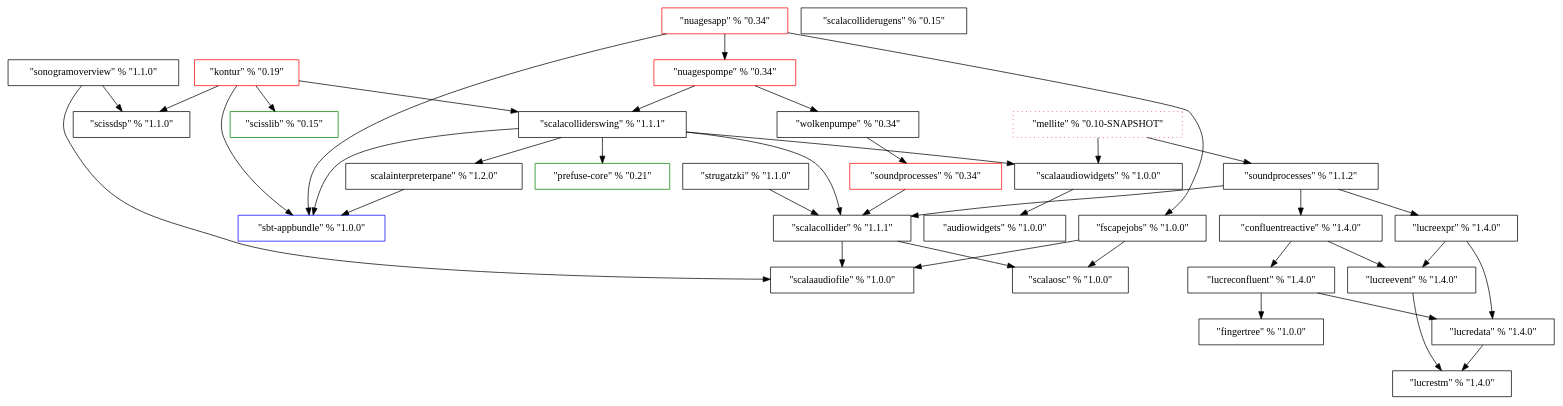
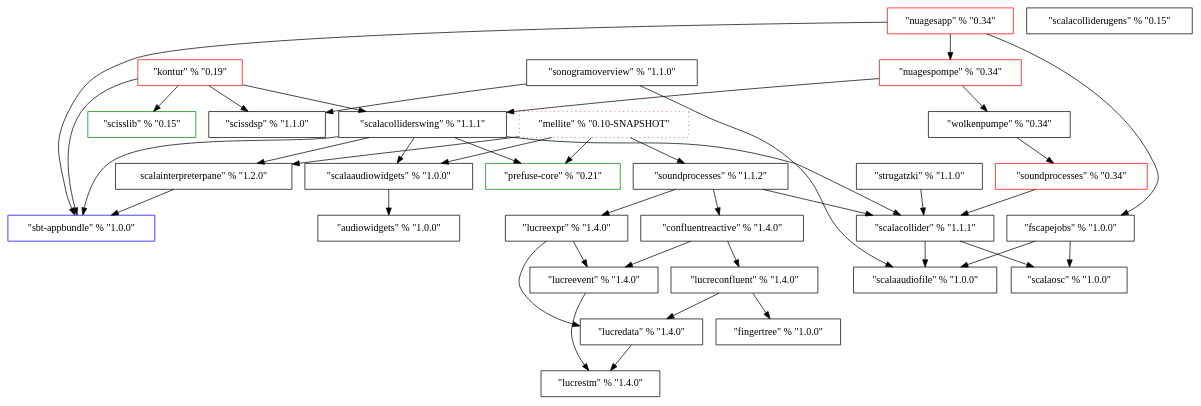
One commit to Sciss/HistoricalCode changed the diagram in ProjectDependencies/dep.dot. Above: the diagram before and after it, drawn with Graphviz.

Commit message:
mellite corrections

```diff
--- a/ProjectDependencies/dep.dot
+++ b/ProjectDependencies/dep.dot
@@ -1,71 +1,73 @@
 digraph G {
 	ScalaOSC [label="\"scalaosc\" % \"1.0.0\"", shape=box];
 	ScalaAudioFile [label="\"scalaaudiofile\" % \"1.0.0\"", shape=box];
 	FScapeJobs [label="\"fscapejobs\" % \"1.0.0\"", shape=box];
 	AudioWidgets [label="\"audiowidgets\" % \"1.0.0\"", shape=box];
 	ScalaAudioWidgets [label="\"scalaaudiowidgets\" % \"1.0.0\"", shape=box];
 	SbtAppbundle [label="\"sbt-appbundle\" % \"1.0.0\"", shape=Box, color=blue];
 	ScissDSP [label="\"scissdsp\" % \"1.1.0\"", shape=Box];
 	SonogramOverview [label="\"sonogramoverview\" % \"1.1.0\"", shape=Box];
 	ScalaCollider [label="\"scalacollider\" % \"1.1.1\"", shape=Box];
 	Strugatzki [label="\"strugatzki\" % \"1.1.0\"", shape=Box];
 	ScalaInterpreterPane [label="\scalainterpreterpane\" % \"1.2.0\"", shape=Box];
 	PrefuseCore [label="\"prefuse-core\" % \"0.21\"", shape=Box, color=green];
 	ScalaColliderSwing [label="\"scalacolliderswing\" % \"1.1.1\"", shape=Box];
-	SoundProcesses [label="\"soundprocesses\" % \"0.34\"", shape=Box, color=red];
+	SoundProcesses_OLD [label="\"soundprocesses\" % \"0.34\"", shape=Box, color=red];
 	Wolkenpumpe [label="\"wolkenpumpe\" % \"0.34\"", shape=Box];
 	NuagesPompe [label="\"nuagespompe\" % \"0.34\"", shape=Box, color=red];
 	NuagesApp [label="\"nuagesapp\" % \"0.34\"", shape=Box, color=red];
 	ScissLib [label="\"scisslib\" % \"0.15\"", shape=Box, color=green];
 	Kontur [label="\"kontur\" % \"0.19\"", shape=Box, color=red];
 	FingerTree [label="\"fingertree\" % \"1.0.0\"", shape=Box];
 	ScalaColliderUGens [label="\"scalacolliderugens\" % \"0.15\"", shape=Box];
 	LucreSTM [label="\"lucrestm\" % \"1.4.0\"", shape=Box];
 	LucreEvent [label="\"lucreevent\" % \"1.4.0\"", shape=Box];
 	LucreData [label="\"lucredata\" % \"1.4.0\"", shape=Box];
 	LucreExpr [label="\"lucreexpr\" % \"1.4.0\"", shape=Box];
 	LucreConfluent [label="\"lucreconfluent\" % \"1.4.0\"", shape=Box];
 	ConfluentReactive [label="\"confluentreactive\" % \"1.4.0\"", shape=Box];
-	SoundProcesses3 [label="\"soundprocesses\" % \"1.1.2\"", shape=Box];
+	SoundProcesses [label="\"soundprocesses\" % \"1.1.2\"", shape=Box];
 	Mellite [label="\"mellite\" % \"0.10-SNAPSHOT\"", shape=Box, style=dotted, color=red];
 	
 	FScapeJobs -> ScalaOSC;
 	FScapeJobs -> ScalaAudioFile;
 	ScalaAudioWidgets -> AudioWidgets;
 	SonogramOverview -> ScalaAudioFile;
 	SonogramOverview -> ScissDSP;
 	ScalaCollider -> ScalaOSC;
 	ScalaCollider -> ScalaAudioFile;
 	Strugatzki -> ScalaCollider;
 	ScalaInterpreterPane -> SbtAppbundle;
 	ScalaColliderSwing -> SbtAppbundle;
 	ScalaColliderSwing -> ScalaCollider;
 	ScalaColliderSwing -> ScalaInterpreterPane;
 	ScalaColliderSwing -> PrefuseCore;
 	ScalaColliderSwing -> ScalaAudioWidgets;
-	SoundProcesses -> ScalaCollider;
-	Wolkenpumpe -> SoundProcesses;
+	SoundProcesses_OLD -> ScalaCollider;
+	Wolkenpumpe -> SoundProcesses_OLD;
 	NuagesPompe -> Wolkenpumpe;
 	NuagesPompe -> ScalaColliderSwing;
 	NuagesApp -> SbtAppbundle;
 	NuagesApp -> NuagesPompe;
 	NuagesApp -> FScapeJobs;
 	Kontur -> SbtAppbundle;
 	Kontur -> ScalaColliderSwing;
 	Kontur -> ScissDSP;
 	Kontur -> ScissLib;
 	LucreEvent -> LucreSTM;
 	LucreData -> LucreSTM;
    LucreExpr -> LucreData;
    LucreExpr -> LucreEvent;
 	LucreConfluent -> FingerTree;
 	LucreConfluent -> LucreData;
 //	LucreConfluent -> LucreExpr [style=dotted];
 	ConfluentReactive -> LucreConfluent;
 	ConfluentReactive -> LucreEvent;
-	SoundProcesses3 -> ScalaCollider;
-	SoundProcesses3 -> ConfluentReactive;
-	SoundProcesses3 -> LucreExpr;
-	Mellite -> SoundProcesses3;
+	SoundProcesses -> ScalaCollider;
+	SoundProcesses -> ConfluentReactive;
+	SoundProcesses -> LucreExpr;
+	Mellite -> SoundProcesses;
 	Mellite -> ScalaAudioWidgets;
+	Mellite -> PrefuseCore;
+	Mellite -> ScalaInterpreterPane;
 }
```
